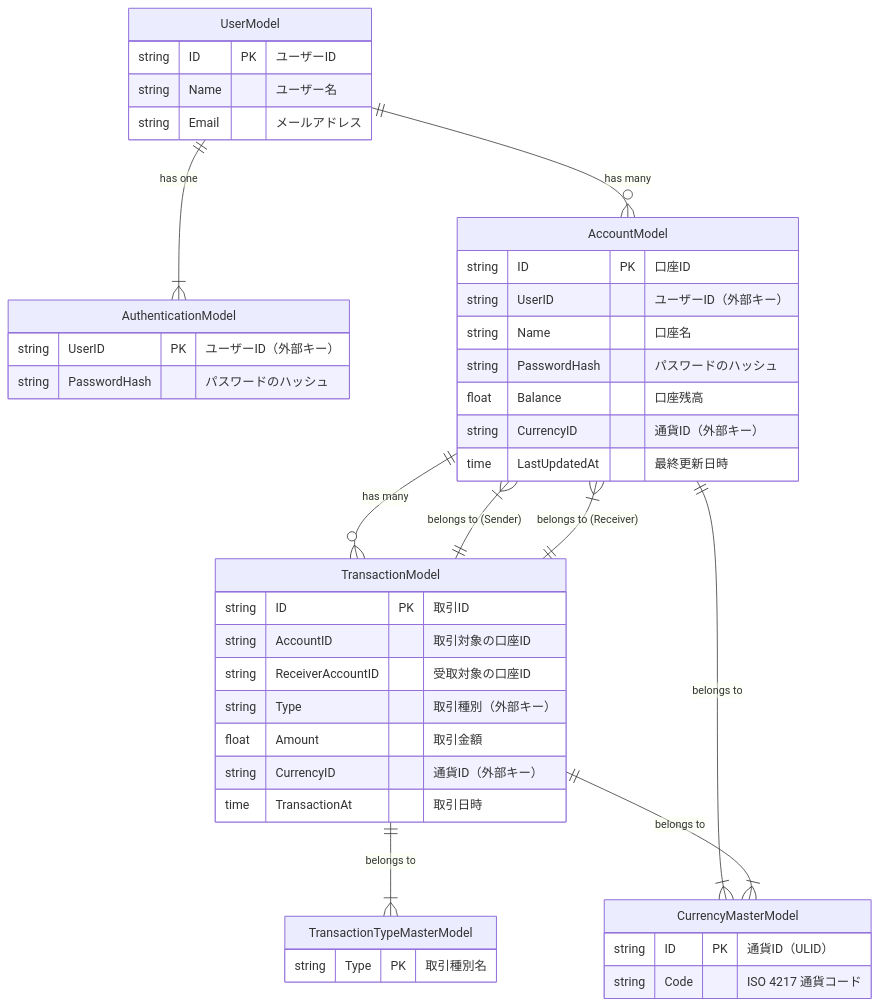
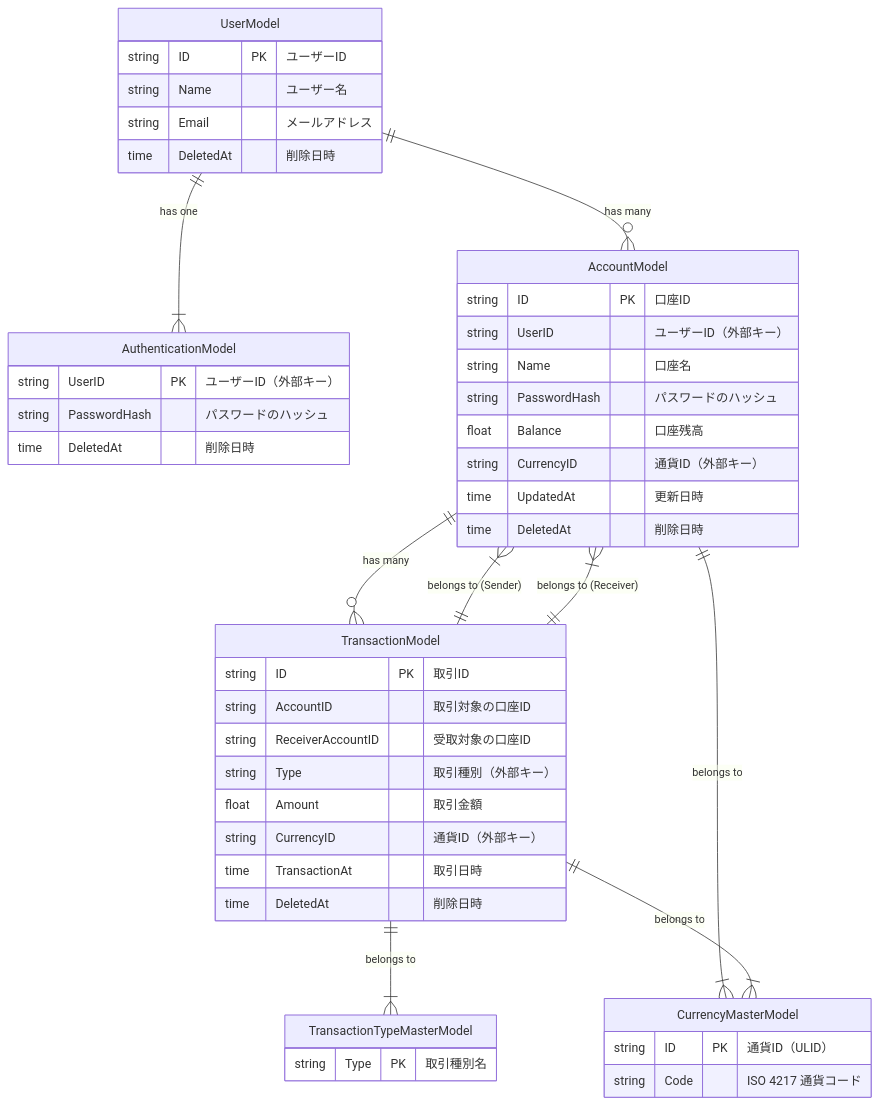
One commit to u104rak1/pocgo changed the diagram in internal/infrastructure/postgres/er_diagram.md. Above: the diagram before and after it, drawn with Mermaid. The commit also changed 16 other files, not shown here.

````diff
--- a/internal/infrastructure/postgres/er_diagram.md
+++ b/internal/infrastructure/postgres/er_diagram.md
@@ -1,46 +1,50 @@
 ```mermaid
 erDiagram
     UserModel {
         string ID PK "ユーザーID"
         string Name "ユーザー名"
         string Email "メールアドレス"
+        time DeletedAt "削除日時"
     }
     AuthenticationModel {
         string UserID PK "ユーザーID（外部キー）"
         string PasswordHash "パスワードのハッシュ"
+        time DeletedAt "削除日時"
     }
     AccountModel {
         string ID PK "口座ID"
         string UserID "ユーザーID（外部キー）"
         string Name "口座名"
         string PasswordHash "パスワードのハッシュ"
         float Balance "口座残高"
         string CurrencyID "通貨ID（外部キー）"
-        time LastUpdatedAt "最終更新日時"
+        time UpdatedAt "更新日時"
+        time DeletedAt "削除日時"
     }
     TransactionModel {
         string ID PK "取引ID"
         string AccountID "取引対象の口座ID"
         string ReceiverAccountID "受取対象の口座ID"
         string Type "取引種別（外部キー）"
         float Amount "取引金額"
         string CurrencyID "通貨ID（外部キー）"
         time TransactionAt "取引日時"
+        time DeletedAt "削除日時"
     }
     CurrencyMasterModel {
         string ID PK "通貨ID（ULID）"
         string Code "ISO 4217 通貨コード"
     }
     TransactionTypeMasterModel {
         string Type PK "取引種別名"
     }
 
     UserModel ||--o{ AccountModel : "has many"
     UserModel ||--|{ AuthenticationModel : "has one"
     AccountModel ||--o{ TransactionModel : "has many"
     AccountModel ||--|{ CurrencyMasterModel : "belongs to"
     TransactionModel ||--|{ TransactionTypeMasterModel : "belongs to"
     TransactionModel ||--|{ AccountModel : "belongs to (Sender)"
     TransactionModel ||--|{ AccountModel : "belongs to (Receiver)"
     TransactionModel ||--|{ CurrencyMasterModel : "belongs to"
 ```
````
